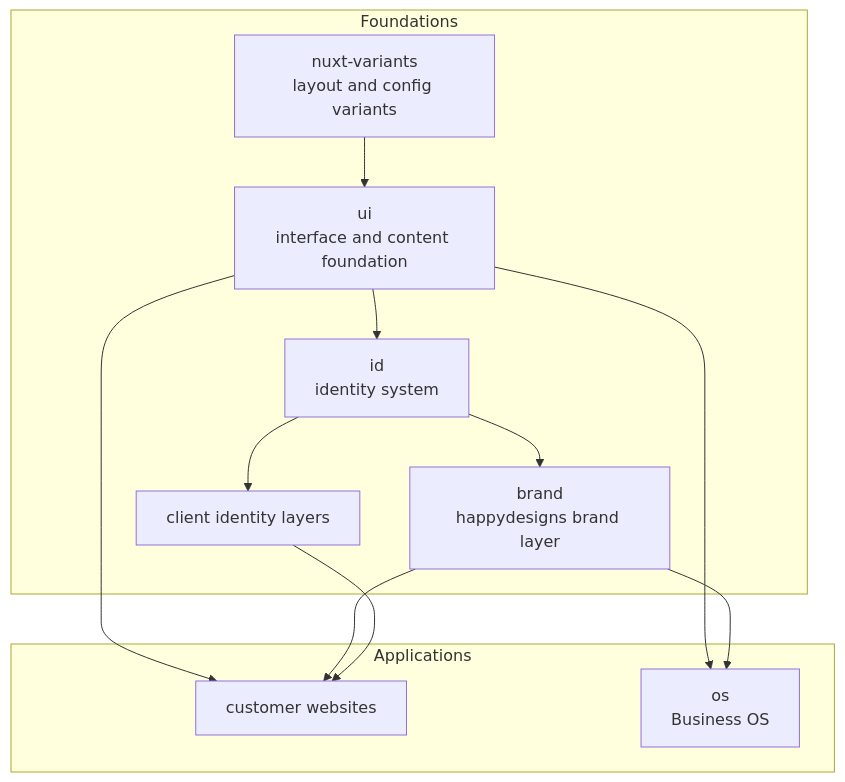
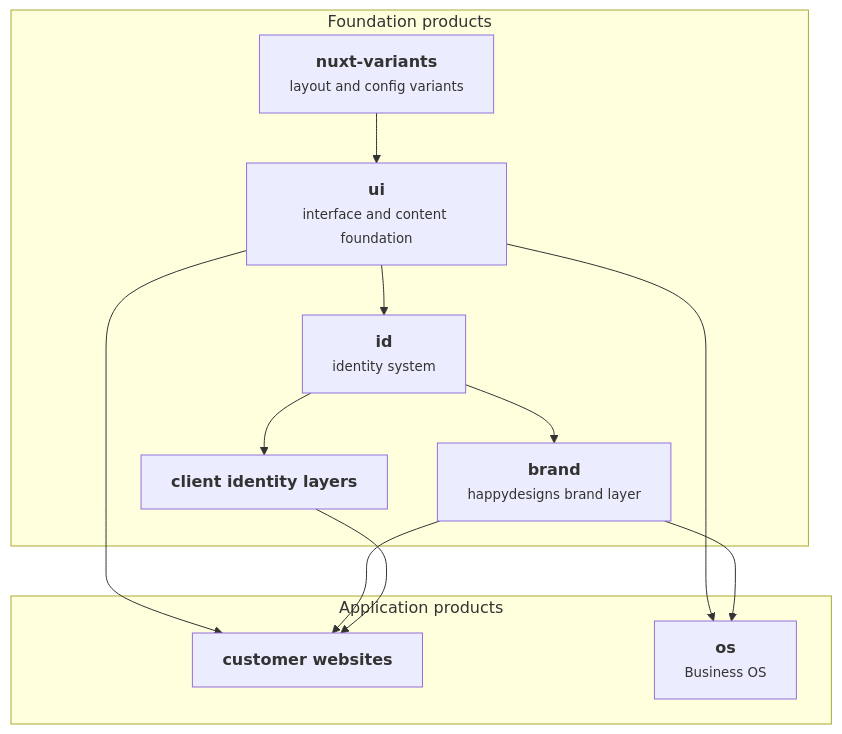
The diagram in content/en/1.start/2.product-map.md (happydesigns/docs), drawn with Mermaid before and after one commit. The commit also changed other lines of this file, not shown here.

Commit message:
docs: clarify product map diagram labels

````diff
--- a/content/en/1.start/2.product-map.md
+++ b/content/en/1.start/2.product-map.md
@@ -16,20 +16,20 @@
 ```mermaid
 flowchart TD
-  subgraph Foundations["Foundations"]
-    Variants["nuxt-variants<br/>layout and config variants"] --> UI["ui<br/>interface and content foundation"]
-    UI --> ID["id<br/>identity system"]
-    ID --> Brand["brand<br/>happydesigns brand layer"]
-    ID --> ClientIdentity["client identity layers"]
+  subgraph Foundations["Foundation products"]
+    Variants["<strong>nuxt-variants</strong><br/><small>layout and config variants</small>"] --> UI["<strong>ui</strong><br/><small>interface and content foundation</small>"]
+    UI --> ID["<strong>id</strong><br/><small>identity system</small>"]
+    ID --> Brand["<strong>brand</strong><br/><small>happydesigns brand layer</small>"]
+    ID --> ClientIdentity["<strong>client identity layers</strong>"]
   end
 
-  subgraph Applications["Applications"]
-    Sites["customer websites"]
-    OS["os<br/>Business OS"]
+  subgraph Applications["Application products"]
+    Sites["<strong>customer websites</strong>"]
+    OS["<strong>os</strong><br/><small>Business OS</small>"]
   end
 
   UI --> Sites
   UI --> OS
   Brand --> Sites
   Brand --> OS
   ClientIdentity --> Sites
 ```
````
